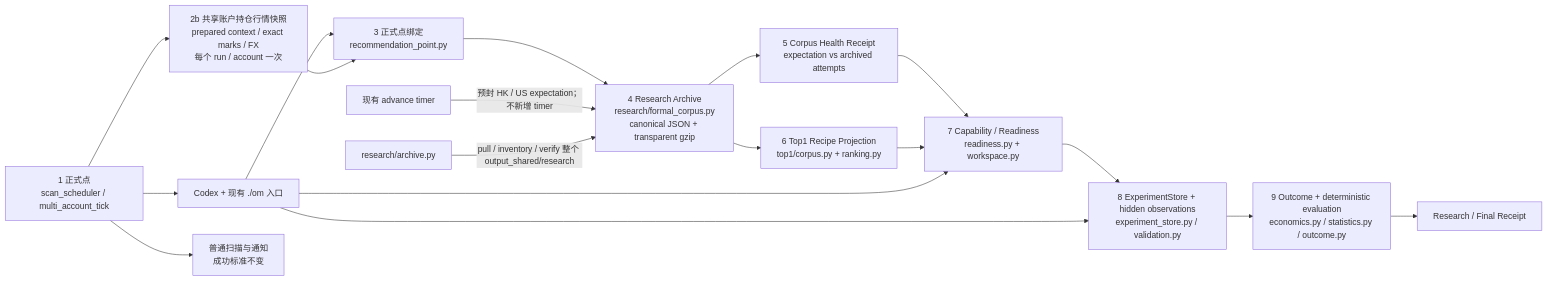
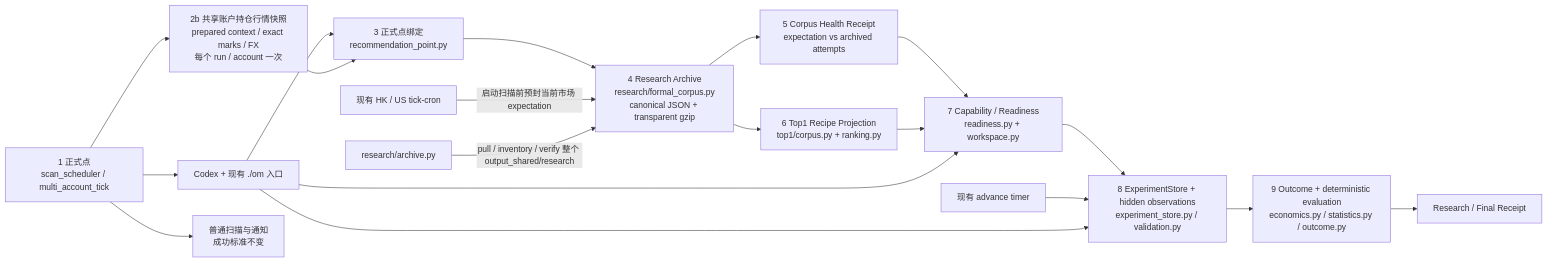
Before and after one commit to liuxie066/options-monitor: the first of 3 diagrams in docs/STRATEGY_LAB_EXPERIMENT_PLATFORM_SYSTEM_DESIGN.md, drawn with Mermaid. The commit also changed other lines of this file and 4 other files, not shown here.

Commit message:
fix(strategy-lab): seal market expectation before tick

````diff
--- a/docs/STRATEGY_LAB_EXPERIMENT_PLATFORM_SYSTEM_DESIGN.md
+++ b/docs/STRATEGY_LAB_EXPERIMENT_PLATFORM_SYSTEM_DESIGN.md
@@ -51,21 +51,22 @@
 ```mermaid
 flowchart LR
     S["1 正式点\nscan_scheduler / multi_account_tick"] --> C["2a 唯一候选 production scan\nopening snapshot / required-data blob"]
     S --> M["2b 共享账户持仓行情快照\nprepared context / exact marks / FX\n每个 run / account 一次"]
     S --> N["普通扫描与通知\n成功标准不变"]
     C --> B["3 正式点绑定\nrecommendation_point.py"]
     M --> B
     B --> A["4 Research Archive\nresearch/formal_corpus.py\ncanonical JSON + transparent gzip"]
     A --> H["5 Corpus Health Receipt\nexpectation vs archived attempts"]
     A --> P["6 Top1 Recipe Projection\ntop1/corpus.py + ranking.py"]
     H --> R["7 Capability / Readiness\nreadiness.py + workspace.py"]
     P --> R
     R --> E["8 ExperimentStore + hidden observations\nexperiment_store.py / validation.py"]
     E --> O["9 Outcome + deterministic evaluation\neconomics.py / statistics.py / outcome.py"]
     O --> RC["Research / Final Receipt"]
 
-    T["现有 advance timer"] -->|"预封 HK / US expectation；不新增 timer"| A
+    T["现有 HK / US tick-cron"] -->|"启动扫描前预封当前市场 expectation"| A
+    AT["现有 advance timer"] --> E
     C["Codex + 现有 ./om 入口"] --> R
     C --> E
     X["research/archive.py"] -->|"pull / inventory / verify 整个 output_shared/research"| A
 ```
````
